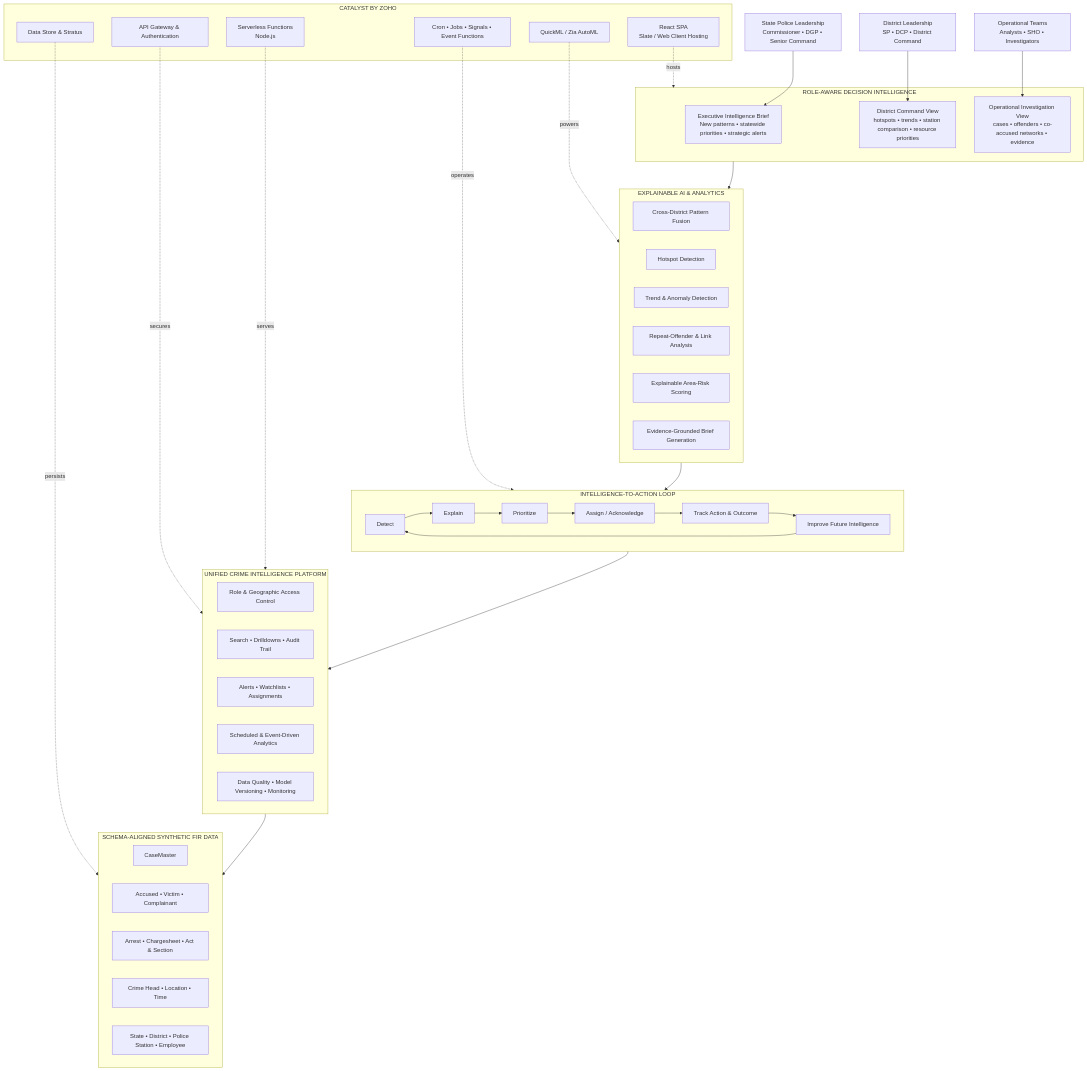
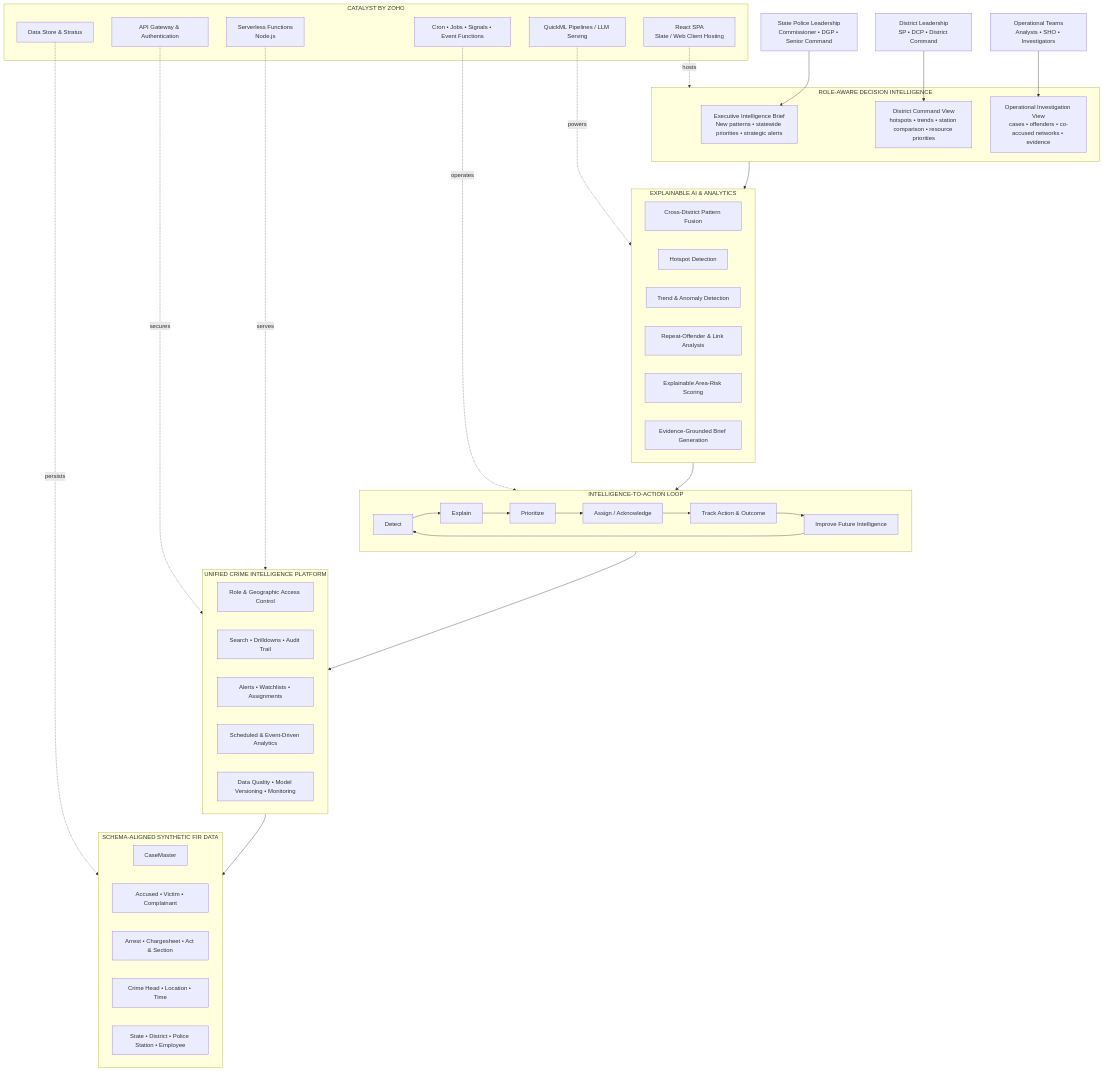
The diagram in docs/architecture/business-architecture-blueprint.md (Aman-system-design/KSP-Datathon-2026), drawn with Mermaid before and after one commit. The commit also changed other lines of this file and 5 other files, not shown here.

````diff
--- a/docs/architecture/business-architecture-blueprint.md
+++ b/docs/architecture/business-architecture-blueprint.md
@@ -28,61 +28,61 @@
 ```mermaid
 flowchart TB
     U1["State Police Leadership<br/>Commissioner • DGP • Senior Command"]
     U2["District Leadership<br/>SP • DCP • District Command"]
     U3["Operational Teams<br/>Analysts • SHO • Investigators"]
 
     subgraph EXPERIENCE["ROLE-AWARE DECISION INTELLIGENCE"]
         E1["Executive Intelligence Brief<br/>New patterns • statewide priorities • strategic alerts"]
         E2["District Command View<br/>hotspots • trends • station comparison • resource priorities"]
         E3["Operational Investigation View<br/>cases • offenders • co-accused networks • evidence"]
     end
 
     subgraph INTELLIGENCE["EXPLAINABLE AI & ANALYTICS"]
         I1["Cross-District Pattern Fusion"]
         I2["Hotspot Detection"]
         I3["Trend & Anomaly Detection"]
         I4["Repeat-Offender & Link Analysis"]
         I5["Explainable Area-Risk Scoring"]
         I6["Evidence-Grounded Brief Generation"]
     end
 
     subgraph WORKFLOW["INTELLIGENCE-TO-ACTION LOOP"]
         W1["Detect"] --> W2["Explain"] --> W3["Prioritize"] --> W4["Assign / Acknowledge"] --> W5["Track Action & Outcome"] --> W6["Improve Future Intelligence"] --> W1
     end
 
     subgraph PLATFORM["UNIFIED CRIME INTELLIGENCE PLATFORM"]
         P1["Role & Geographic Access Control"]
         P2["Search • Drilldowns • Audit Trail"]
         P3["Alerts • Watchlists • Assignments"]
         P4["Scheduled & Event-Driven Analytics"]
         P5["Data Quality • Model Versioning • Monitoring"]
     end
 
     subgraph DATA["SCHEMA-ALIGNED SYNTHETIC FIR DATA"]
         D1["CaseMaster"]
         D2["Accused • Victim • Complainant"]
         D3["Arrest • Chargesheet • Act & Section"]
         D4["Crime Head • Location • Time"]
         D5["State • District • Police Station • Employee"]
     end
 
     subgraph CATALYST["CATALYST BY ZOHO"]
         C1["React SPA<br/>Slate / Web Client Hosting"]
         C2["Serverless Functions<br/>Node.js"]
         C3["API Gateway & Authentication"]
         C4["Data Store & Stratus"]
-        C5["QuickML / Zia AutoML"]
+        C5["QuickML Pipelines / LLM Serving"]
         C6["Cron • Jobs • Signals • Event Functions"]
     end
 
     U1 --> E1
     U2 --> E2
     U3 --> E3
     EXPERIENCE --> INTELLIGENCE --> WORKFLOW --> PLATFORM --> DATA
     C1 -. hosts .-> EXPERIENCE
     C2 -. serves .-> PLATFORM
     C3 -. secures .-> PLATFORM
     C4 -. persists .-> DATA
     C5 -. powers .-> INTELLIGENCE
     C6 -. operates .-> WORKFLOW
 ```
````
